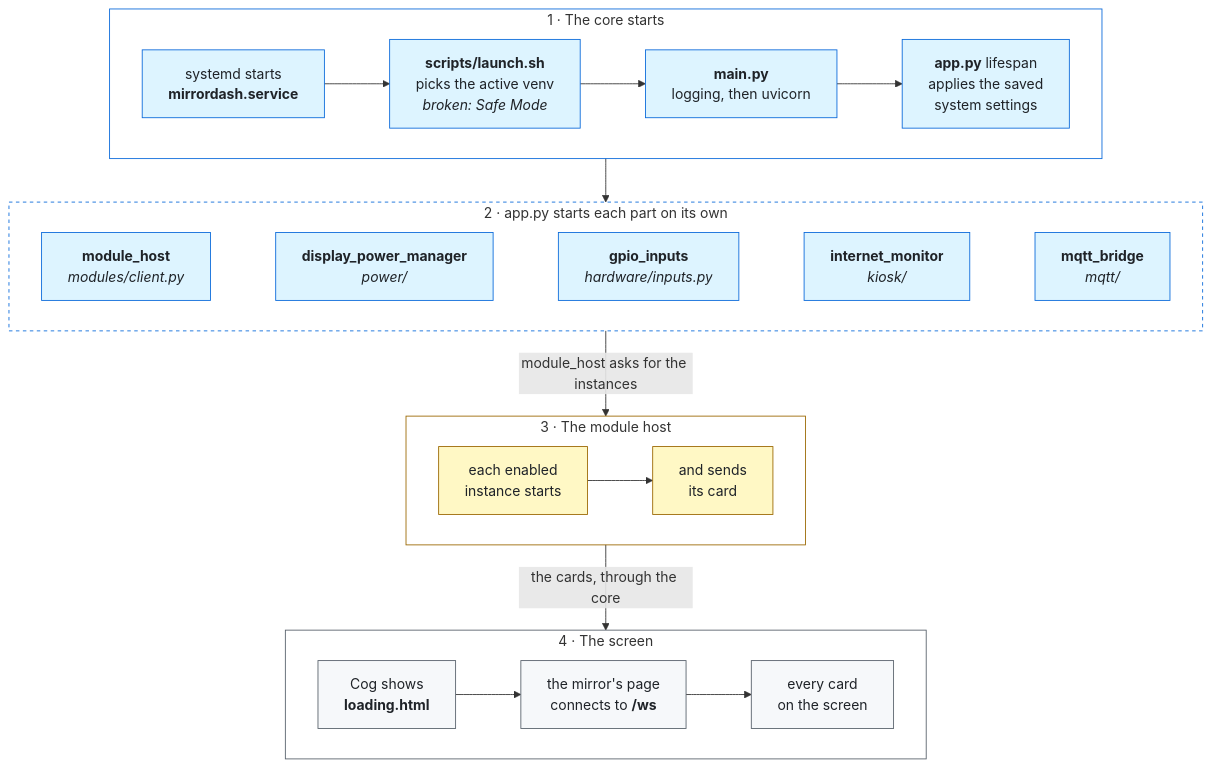
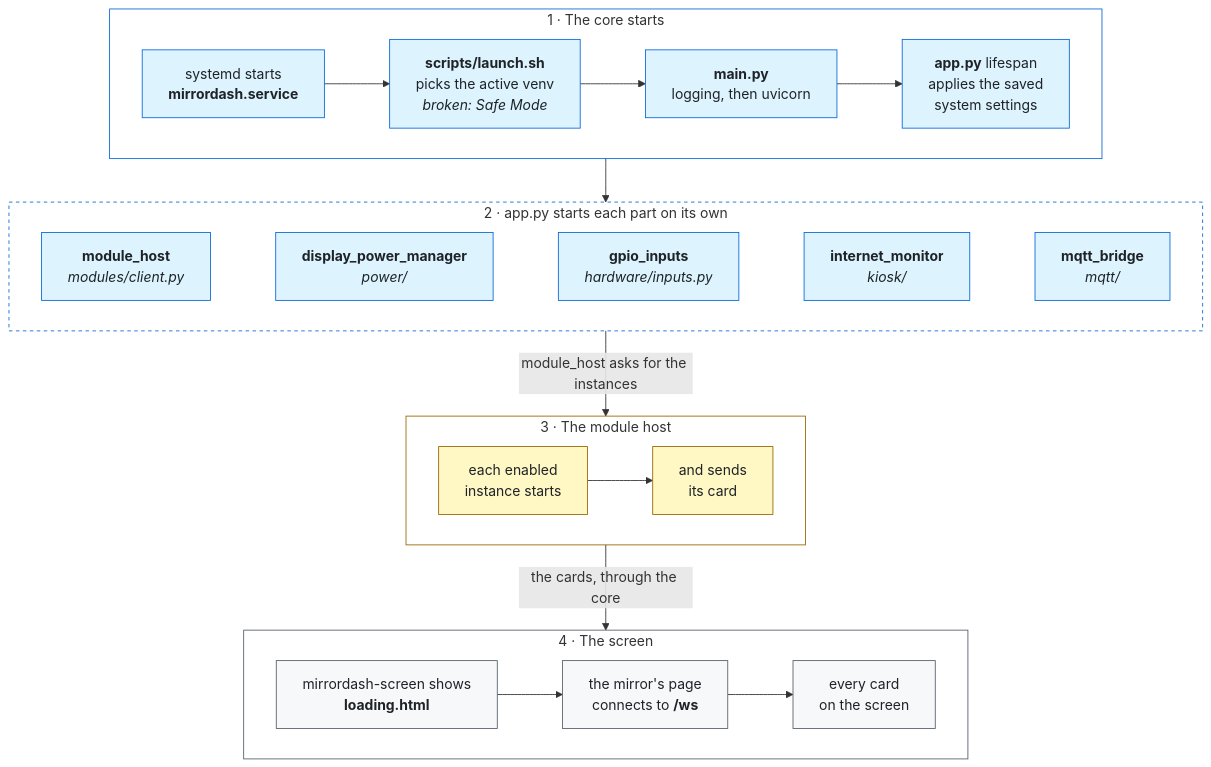
The second of 4 diagrams in HOW_IT_WORKS.md (Menturan/MirrorDash), drawn with Mermaid before and after one commit. The commit also changed other lines of this file and 7 other files, not shown here.

First line of the commit message:
docs(screen): ARCHITECTURE #56, WPE 2.54 and its launcher in place of Cog

````diff
--- a/HOW_IT_WORKS.md
+++ b/HOW_IT_WORKS.md
@@ -62,33 +62,33 @@
 ```mermaid
 flowchart TB
     subgraph server["1 · The core starts"]
         direction LR
         systemd["systemd starts<br/><b>mirrordash.service</b>"] --> launch["<b>scripts/launch.sh</b><br/>picks the active venv<br/><i>broken: Safe Mode</i>"] --> main["<b>main.py</b><br/>logging, then uvicorn"] --> lifespan["<b>app.py</b> lifespan<br/>applies the saved<br/>system settings"]
     end
     subgraph started["2 · app.py starts each part on its own"]
         direction LR
         p1["<b>module_host</b><br/><i>modules/client.py</i>"] ~~~ p2["<b>display_power_manager</b><br/><i>power/</i>"] ~~~ p3["<b>gpio_inputs</b><br/><i>hardware/inputs.py</i>"] ~~~ p4["<b>internet_monitor</b><br/><i>kiosk/</i>"] ~~~ p5["<b>mqtt_bridge</b><br/><i>mqtt/</i>"]
     end
     subgraph modules["3 · The module host"]
         direction LR
         start["each enabled<br/>instance starts"] --> card["and sends<br/>its card"]
     end
     subgraph screen["4 · The screen"]
         direction LR
-        cog["Cog shows<br/><b>loading.html</b>"] --> page["the mirror's page<br/>connects to <b>/ws</b>"] --> shown["every card<br/>on the screen"]
+        cog["mirrordash-screen shows<br/><b>loading.html</b>"] --> page["the mirror's page<br/>connects to <b>/ws</b>"] --> shown["every card<br/>on the screen"]
     end
     server --> started
     started -- "module_host asks for the instances" --> modules
     modules -- "the cards, through the core" --> screen
 
     classDef side fill:#f6f8fa,stroke:#57606a,color:#1f2328
     classDef core fill:#ddf4ff,stroke:#0969da,color:#1f2328
     classDef mod fill:#fff8c5,stroke:#9a6700,color:#1f2328
     class systemd,launch,main,lifespan,p1,p2,p3,p4,p5 core
     class start,card mod
     class cog,page,shown side
     style server fill:none,stroke:#0969da
     style started fill:none,stroke:#0969da,stroke-dasharray:4 4
     style modules fill:none,stroke:#9a6700
     style screen fill:none,stroke:#57606a
 ```
````
